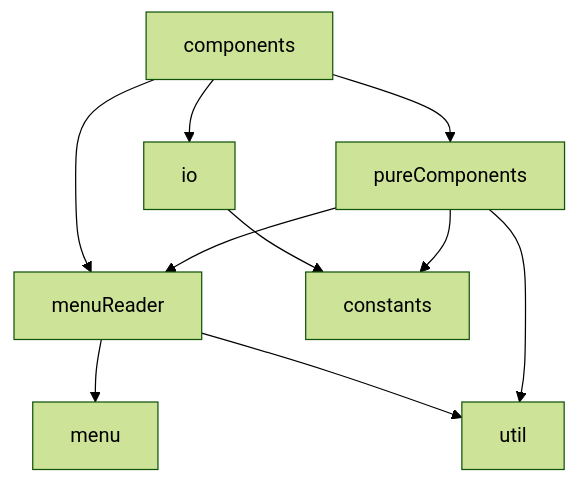
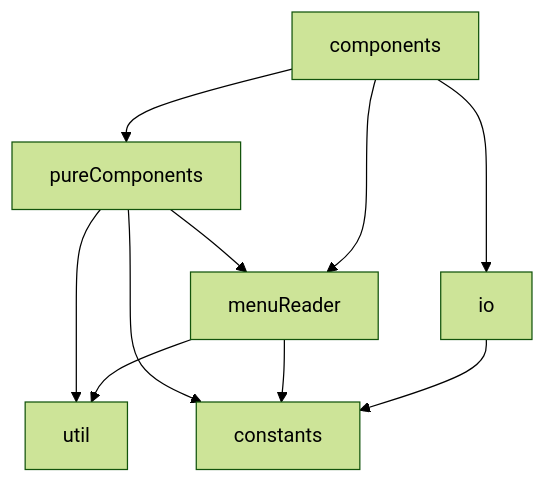
The diagram in README.md (mattriley/caffe-stazione-pos-simulator), drawn with Mermaid (forest theme) before and after one commit. The commit also changed other lines of this file and 16 other files, not shown here.

````diff
--- a/README.md
+++ b/README.md
@@ -39,12 +39,12 @@
 ```mermaid
 graph TD;
     components-->pureComponents;
     components-->menuReader;
     components-->io;
     io-->constants;
-    menuReader-->menu;
     menuReader-->util;
+    menuReader-->constants;
     pureComponents-->menuReader;
     pureComponents-->util;
     pureComponents-->constants;
 ```
````
